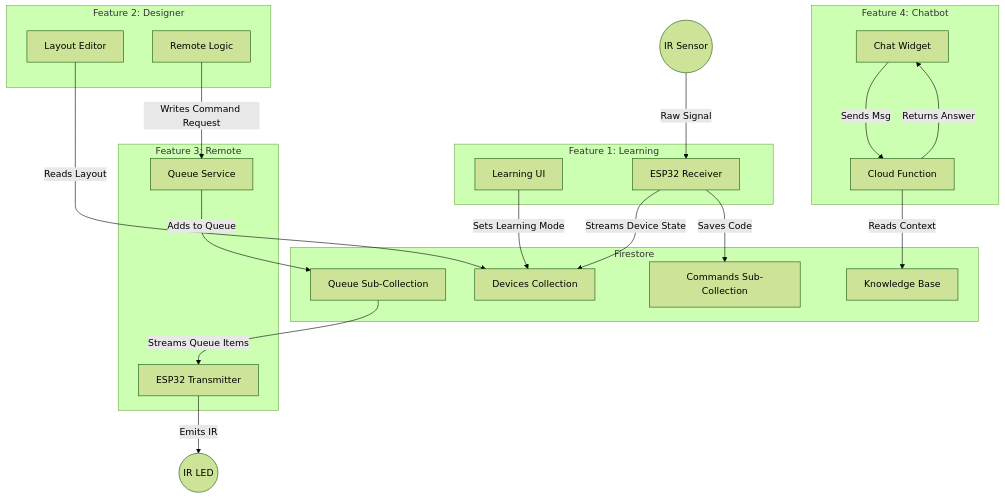
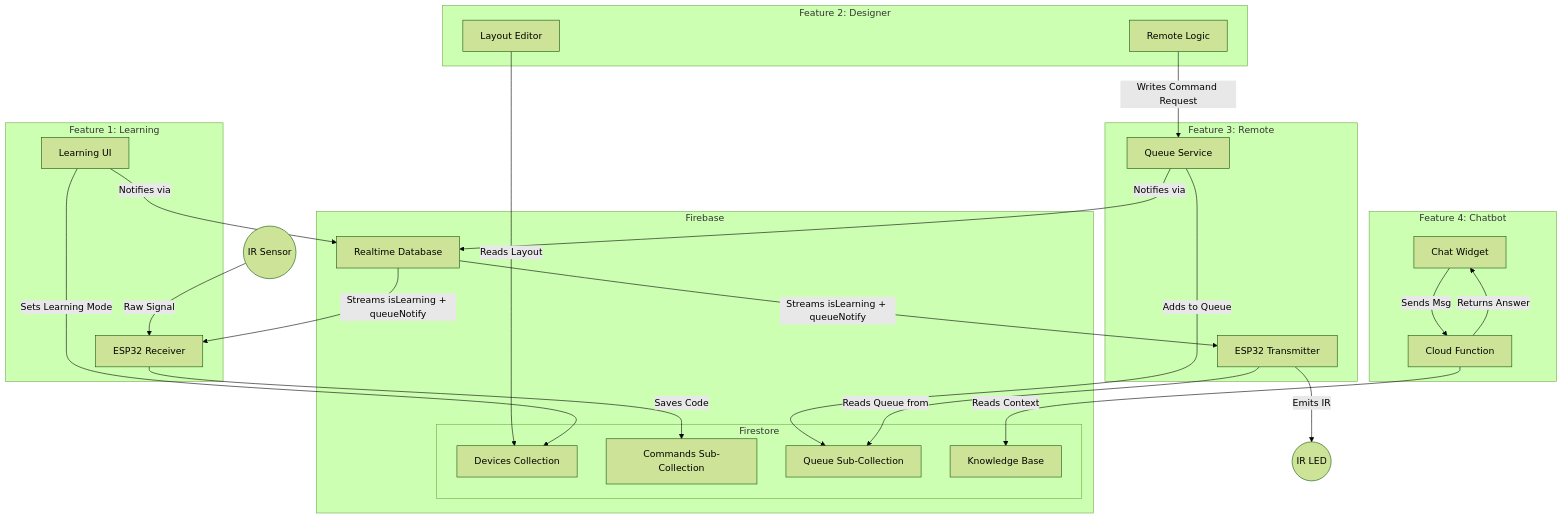
One commit to jj-link/Pulsr changed the first of 2 diagrams in ARCHITECTURE.md. Above: the diagram before and after it, drawn with Mermaid (forest theme). The commit also changed other lines of this file and 3 other files, not shown here.

Commit message:
docs: update architecture for hybrid RTDB + Firestore streaming, remove stale web/ARCHITECTURE.md

````diff
--- a/ARCHITECTURE.md
+++ b/ARCHITECTURE.md
@@ -11,48 +14,56 @@
 ```mermaid
 graph TD
     %% Subsystems
     subgraph Feature2_Designer [Feature 2: Designer]
         UI_Designer[Layout Editor]
         UI_Remote[Remote Logic]
     end
 
     subgraph Feature3_Remote [Feature 3: Remote]
         QueueService[Queue Service]
         ESP_Tx[ESP32 Transmitter]
     end
 
     subgraph Feature1_Learning [Feature 1: Learning]
         UI_Learn[Learning UI]
         ESP_Rx[ESP32 Receiver]
     end
 
     subgraph Feature4_Chatbot [Feature 4: Chatbot]
         UI_Chat[Chat Widget]
         CloudFunc[Cloud Function]
     end
 
     %% Data Store
-    subgraph Firestore
-        Devices[Devices Collection]
-        Commands[Commands Sub-Collection]
-        Queue[Queue Sub-Collection]
-        KB[Knowledge Base]
+    subgraph Firebase
+        subgraph Firestore
+            Devices[Devices Collection]
+            Commands[Commands Sub-Collection]
+            Queue[Queue Sub-Collection]
+            KB[Knowledge Base]
+        end
+        RTDB[Realtime Database]
     end
 
-    %% Connections
+    %% Connections — Web writes
     UI_Designer -->|Reads Layout| Devices
     UI_Remote -->|Writes Command Request| QueueService
     QueueService -->|Adds to Queue| Queue
-    
-    Queue -->|Streams Queue Items| ESP_Tx
+    QueueService -->|Notifies via| RTDB
+
+    UI_Learn -->|Sets Learning Mode| Devices
+    UI_Learn -->|Notifies via| RTDB
+
+    %% Connections — ESP32 streaming + reads
+    RTDB -->|Streams isLearning + queueNotify| ESP_Rx
+    RTDB -->|Streams isLearning + queueNotify| ESP_Tx
+    ESP_Tx -->|Reads Queue from| Queue
     ESP_Tx -->|Emits IR| IR_LED((IR LED))
 
-    UI_Learn -->|Sets Learning Mode| Devices
-    ESP_Rx -->|Streams Device State| Devices
     IR_Sensor((IR Sensor)) -->|Raw Signal| ESP_Rx
     ESP_Rx -->|Saves Code| Commands
 
     UI_Chat -->|Sends Msg| CloudFunc
     CloudFunc -->|Reads Context| KB
     CloudFunc -->|Returns Answer| UI_Chat
 ```
````
